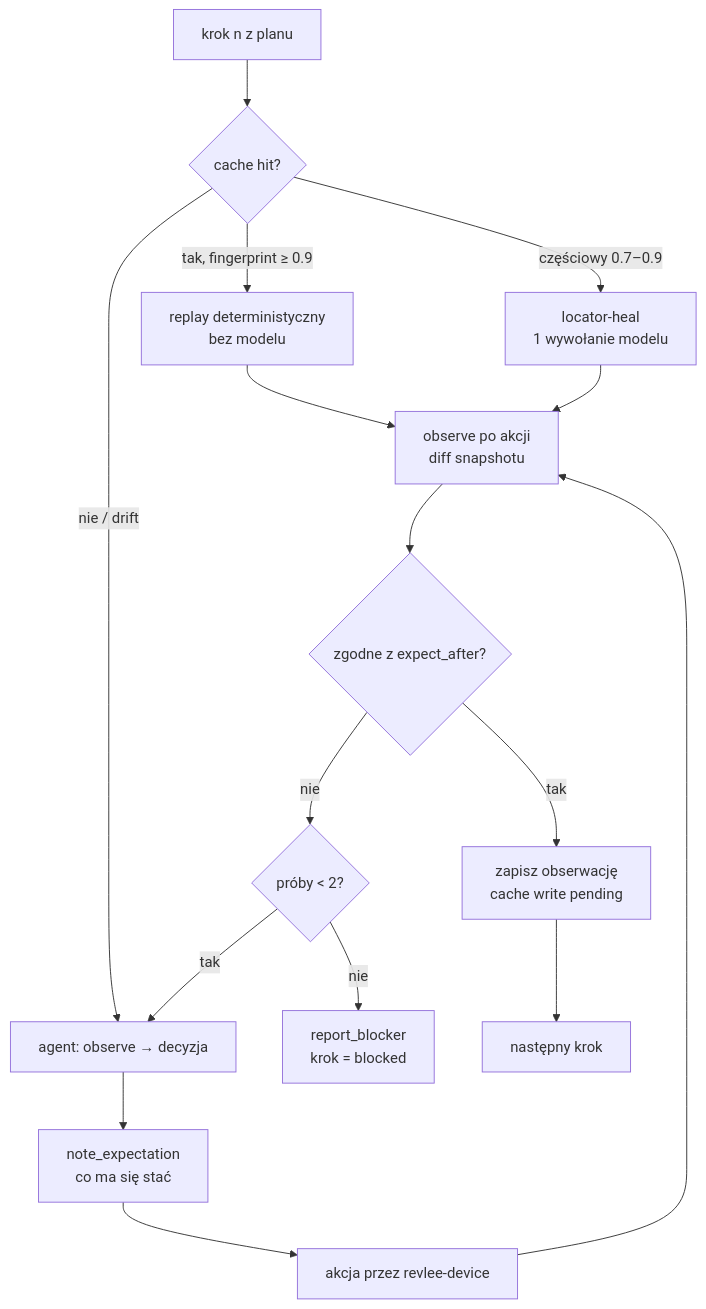
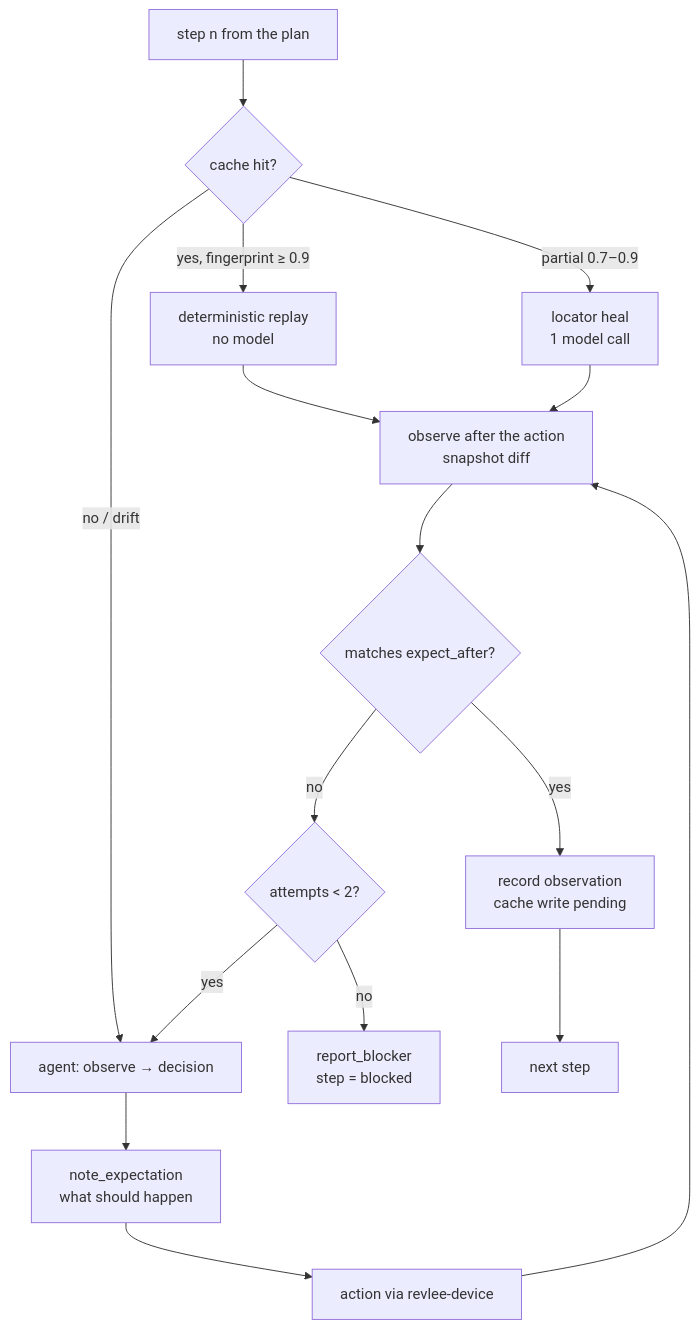
One commit to Thioby/revlee changed the first of 2 diagrams in docs/08-executor-agent-and-oracles.md. Above: the diagram before and after it, drawn with Mermaid. The commit also changed other lines of this file and 1 other file, not shown here.

````diff
--- a/docs/08-executor-agent-and-oracles.md
+++ b/docs/08-executor-agent-and-oracles.md
@@ -11,18 +11,18 @@
 ```mermaid
 flowchart TD
-  A[krok n z planu] --> C{cache hit?}
-  C -->|tak, fingerprint ≥ 0.9| R[replay deterministyczny<br/>bez modelu]
-  C -->|częściowy 0.7–0.9| H[locator-heal<br/>1 wywołanie modelu]
-  C -->|nie / drift| M[agent: observe → decyzja]
-  M --> E[note_expectation<br/>co ma się stać]
-  E --> ACT[akcja przez revlee-device]
+  A[step n from the plan] --> C{cache hit?}
+  C -->|yes, fingerprint ≥ 0.9| R[deterministic replay<br/>no model]
+  C -->|partial 0.7–0.9| H[locator heal<br/>1 model call]
+  C -->|no / drift| M[agent: observe → decision]
+  M --> E[note_expectation<br/>what should happen]
+  E --> ACT[action via revlee-device]
   R --> V
   H --> V
-  ACT --> V[observe po akcji<br/>diff snapshotu]
-  V --> O{zgodne z expect_after?}
-  O -->|tak| S[zapisz obserwację<br/>cache write pending]
-  O -->|nie| X{próby < 2?}
-  X -->|tak| M
-  X -->|nie| B[report_blocker<br/>krok = blocked]
-  S --> N[następny krok]
+  ACT --> V[observe after the action<br/>snapshot diff]
+  V --> O{matches expect_after?}
+  O -->|yes| S[record observation<br/>cache write pending]
+  O -->|no| X{attempts < 2?}
+  X -->|yes| M
+  X -->|no| B[report_blocker<br/>step = blocked]
+  S --> N[next step]
 ```
````
